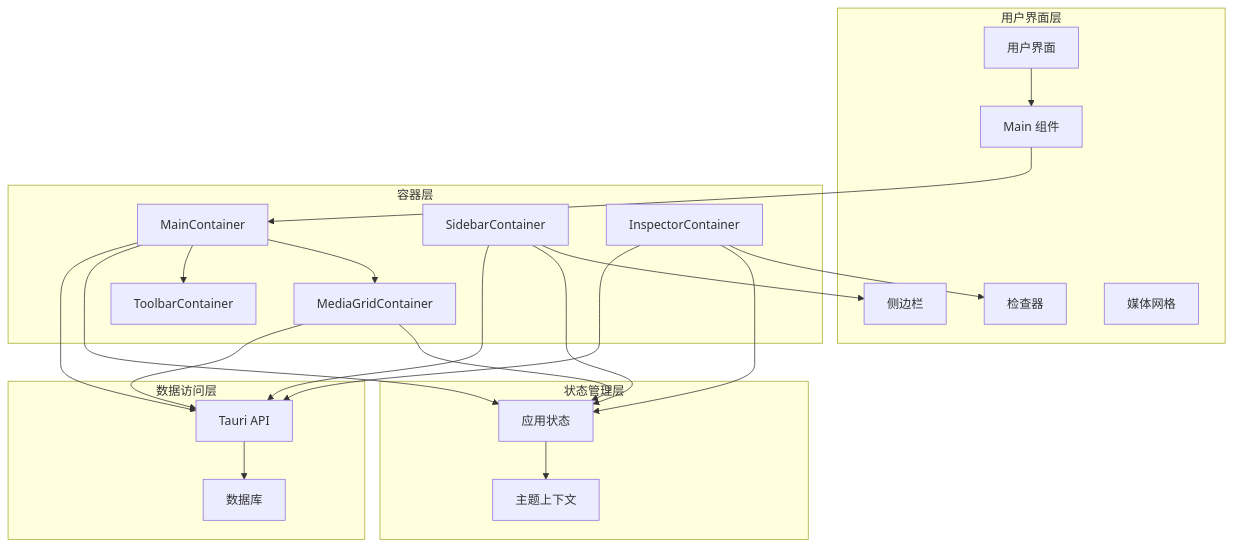
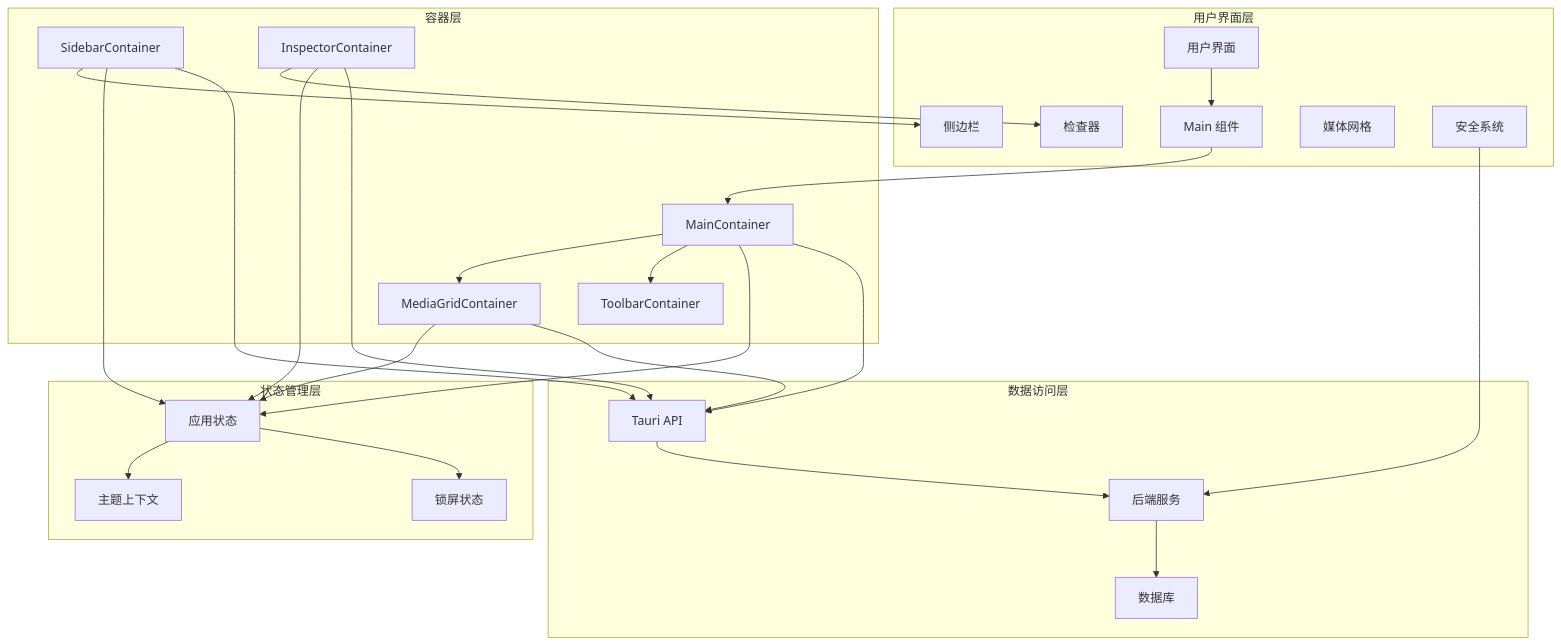
One commit to YLee9527/Medex changed the third of 15 diagrams in doc/repowiki/zh/content/前端开发/UI 组件详解/主内容组件 (Main).md. Above: the diagram before and after it, drawn with Mermaid. The commit also changed other lines of this file and 31 other files, not shown here.

First line of the commit message:
docs(doc): 添加部署脚本、锁屏功能、发布指南及设置按钮图标文档

````diff
--- a/doc/repowiki/zh/content/前端开发/UI 组件详解/主内容组件 (Main).md
+++ b/doc/repowiki/zh/content/前端开发/UI 组件详解/主内容组件 (Main).md
@@ -115,41 +138,47 @@
 ```mermaid
 graph TB
 subgraph "用户界面层"
 UI[用户界面]
 Main[Main 组件]
 Sidebar[侧边栏]
 Inspector[检查器]
 MediaGrid[媒体网格]
+Security[安全系统]
 end
 subgraph "容器层"
 MainContainer[MainContainer]
 SidebarContainer[SidebarContainer]
 InspectorContainer[InspectorContainer]
 MediaGridContainer[MediaGridContainer]
 ToolbarContainer[ToolbarContainer]
 end
 subgraph "状态管理层"
 Store[应用状态]
 Theme[主题上下文]
+Lock[锁屏状态]
 end
 subgraph "数据访问层"
 API[Tauri API]
 DB[数据库]
+Backend[后端服务]
 end
 UI --> Main
 Main --> MainContainer
 MainContainer --> MediaGridContainer
 MainContainer --> ToolbarContainer
 SidebarContainer --> Sidebar
 InspectorContainer --> Inspector
 MainContainer --> Store
 MediaGridContainer --> Store
 SidebarContainer --> Store
 InspectorContainer --> Store
 Store --> Theme
+Store --> Lock
 MainContainer --> API
 MediaGridContainer --> API
 SidebarContainer --> API
 InspectorContainer --> API
-API --> DB
+API --> Backend
+Backend --> DB
+Security --> Backend
 ```
````
